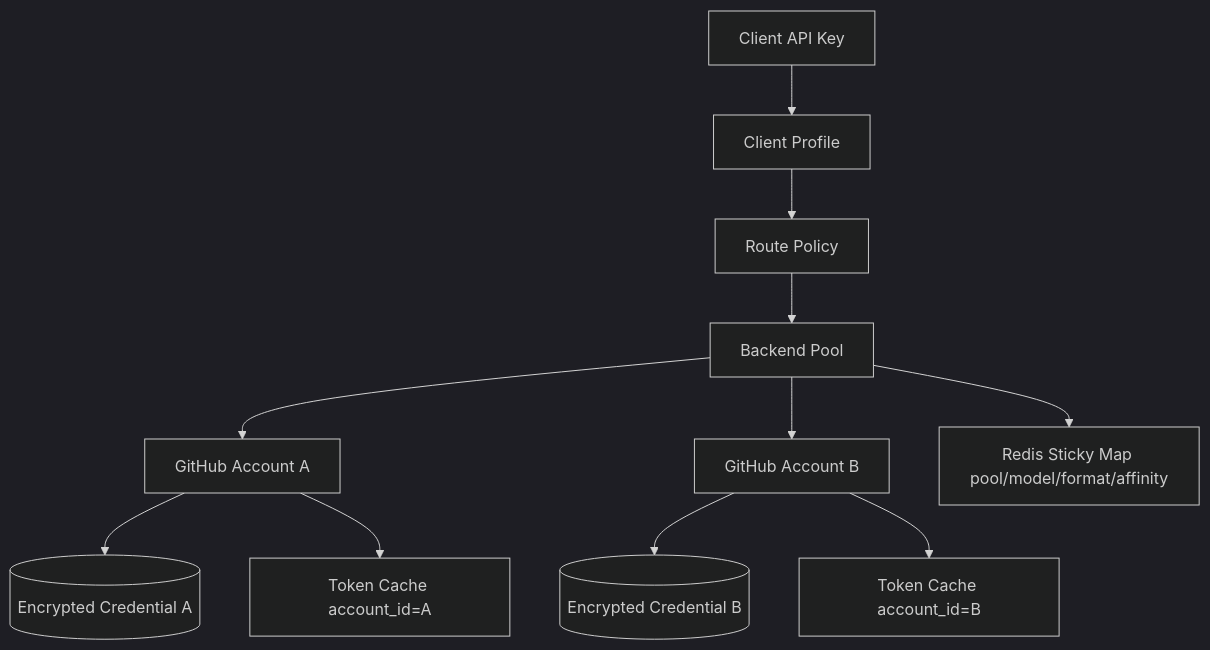
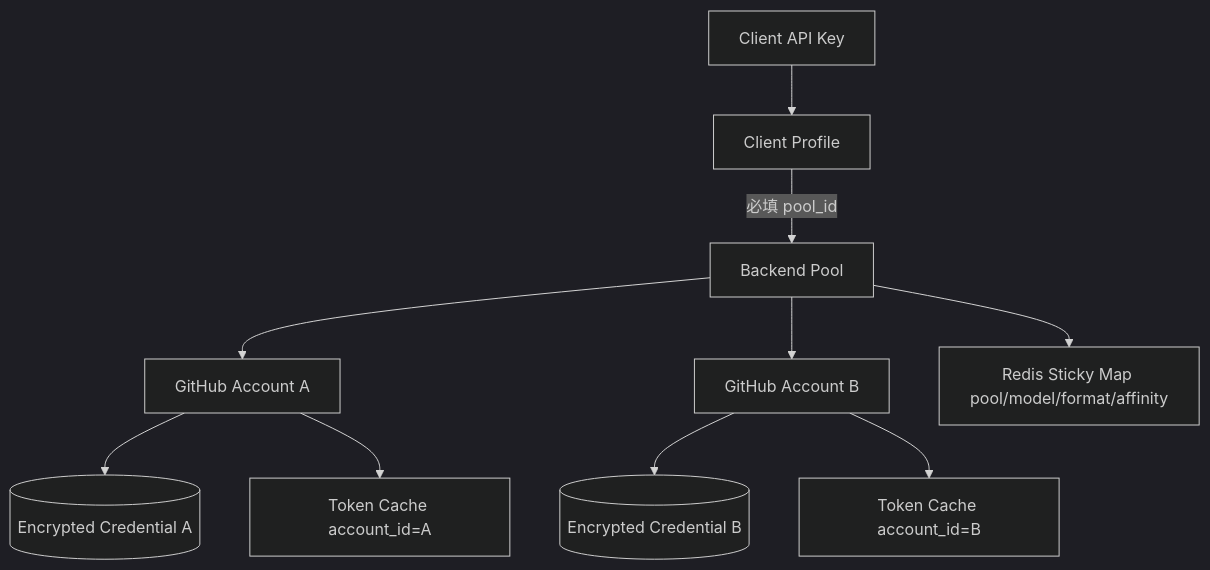
The second of 10 diagrams in docs/operations.zh.md (pczhao1210/ghcp-pool-proxy), drawn with Mermaid (dark theme) before and after one commit. The commit also changed other lines of this file and 16 other files, not shown here.

````diff
--- a/docs/operations.zh.md
+++ b/docs/operations.zh.md
@@ -101,13 +101,12 @@
 ```mermaid
 flowchart TD
   Client["Client API Key"] --> Profile["Client Profile"]
-  Profile --> Policy["Route Policy"]
-  Policy --> Pool["Backend Pool"]
+  Profile -->|"必填 pool_id"| Pool["Backend Pool"]
   Pool --> AccountA["GitHub Account A"]
   Pool --> AccountB["GitHub Account B"]
   AccountA --> CredA[(Encrypted Credential A)]
   AccountB --> CredB[(Encrypted Credential B)]
   AccountA --> CacheA["Token Cache account_id=A"]
   AccountB --> CacheB["Token Cache account_id=B"]
   Pool --> Sticky["Redis Sticky Map pool/model/format/affinity"]
 ```
````
